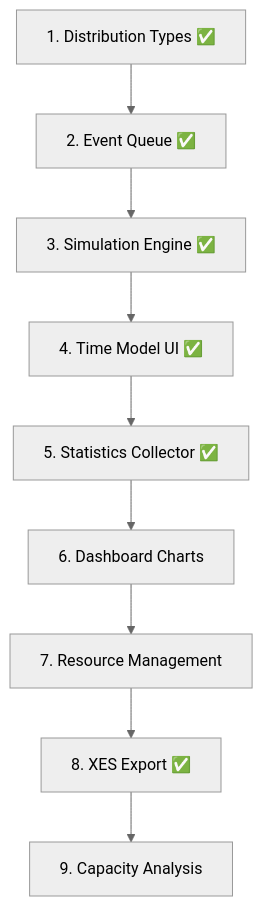
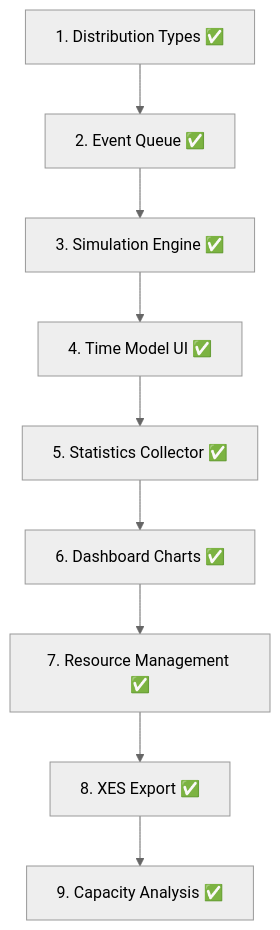
Before and after one commit to woped/woped-next: the fifth of 5 diagrams in docs/migration/07-quantitative-simulation.md, drawn with Mermaid (neutral theme). The commit also changed other lines of this file and 24 other files, not shown here.

````diff
--- a/docs/migration/07-quantitative-simulation.md
+++ b/docs/migration/07-quantitative-simulation.md
@@ -365,11 +365,11 @@
 ```mermaid
 flowchart TD
     S1[1. Distribution Types ✅] --> S2[2. Event Queue ✅]
     S2 --> S3[3. Simulation Engine ✅]
     S3 --> S4[4. Time Model UI ✅]
     S4 --> S5[5. Statistics Collector ✅]
-    S5 --> S6[6. Dashboard Charts]
-    S6 --> S7[7. Resource Management]
+    S5 --> S6[6. Dashboard Charts ✅]
+    S6 --> S7[7. Resource Management ✅]
     S7 --> S8[8. XES Export ✅]
-    S8 --> S9[9. Capacity Analysis]
+    S8 --> S9[9. Capacity Analysis ✅]
 ```
````
